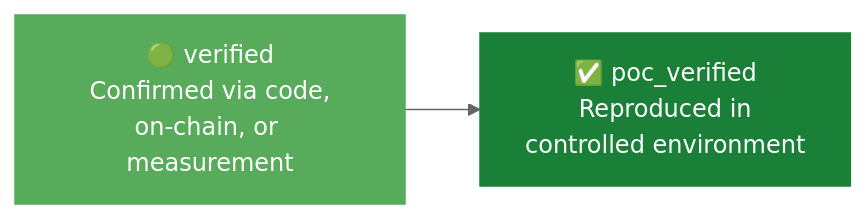
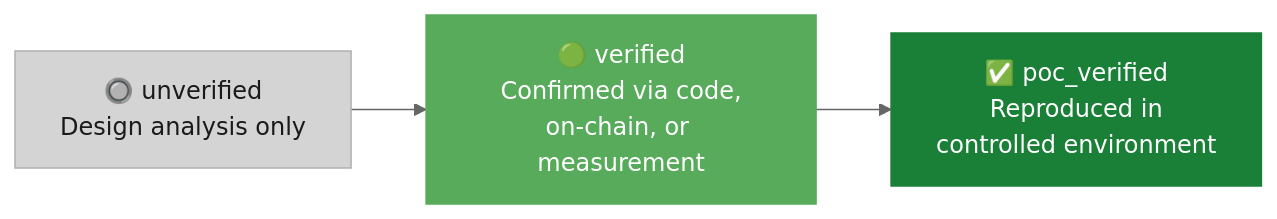
One commit to jyo-o/bonda-docs changed the first of 2 diagrams in methodology/verification.md. Above: the diagram before and after it, drawn with Mermaid (neutral theme). The commit also changed other lines of this file and 9 other files, not shown here.

````diff
--- a/methodology/verification.md
+++ b/methodology/verification.md
@@ -16,10 +17,12 @@
 ```mermaid
 flowchart LR
+    U["🔘 unverified<br/>Design analysis only"]
     V["🟢 verified<br/>Confirmed via code,<br/>on-chain, or measurement"]
     P["✅ poc_verified<br/>Reproduced in<br/>controlled environment"]
 
-    V --> P
+    U --> V --> P
 
+    style U fill:#d4d4d4,color:#1a1a1a,stroke:#b0b0b0
     style V fill:#57ab5a,color:#fff,stroke:#57ab5a
     style P fill:#1a7f37,color:#fff,stroke:#1a7f37
 ```
````
